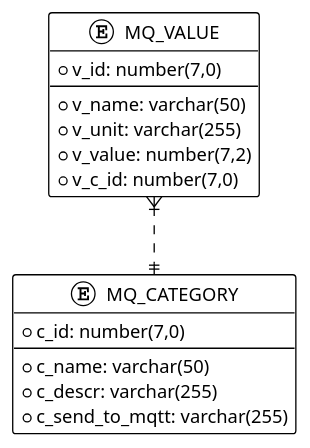
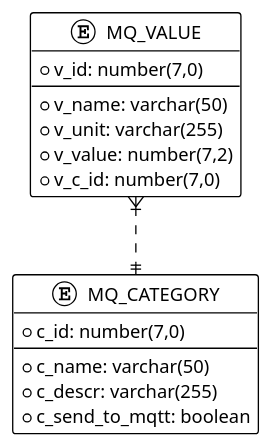
The second of 2 diagrams in asciidocs/index.adoc (2223-4bhitm-sew/2223-4bhitm-sew-lecture-notes), drawn with PlantUML before and after one commit.

Commit message:
fix (lab07 mqtt): apply boolean

```diff
--- a/asciidocs/index.adoc
+++ b/asciidocs/index.adoc
@@ -600,25 +600,25 @@
 [plantuml, lab07-erd,png]
 ----
 @startuml
 !theme plain
 entity MQ_CATEGORY {
   * c_id: number(7,0)
   --
   * c_name: varchar(50)
   * c_descr: varchar(255)
-  * c_send_to_mqtt: varchar(255)
+  * c_send_to_mqtt: boolean
 }
 
 entity MQ_VALUE {
   * v_id: number(7,0)
   --
   * v_name: varchar(50)
   * v_unit: varchar(255)
   * v_value: number(7,2)
   * v_c_id: number(7,0)
 }
 
 MQ_VALUE }|..||MQ_CATEGORY
 
 @enduml
 ----
```
